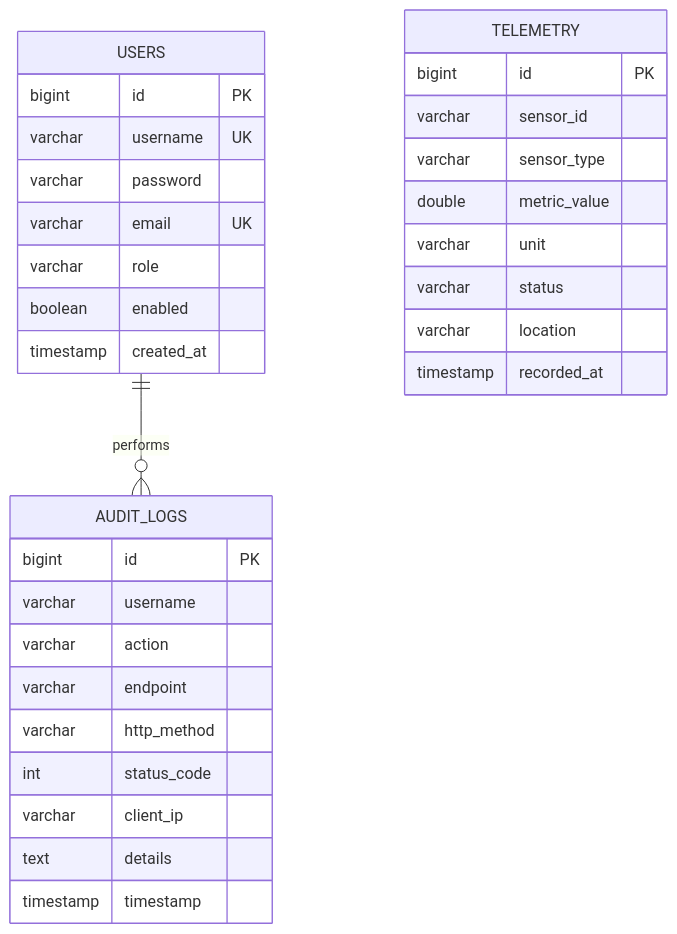
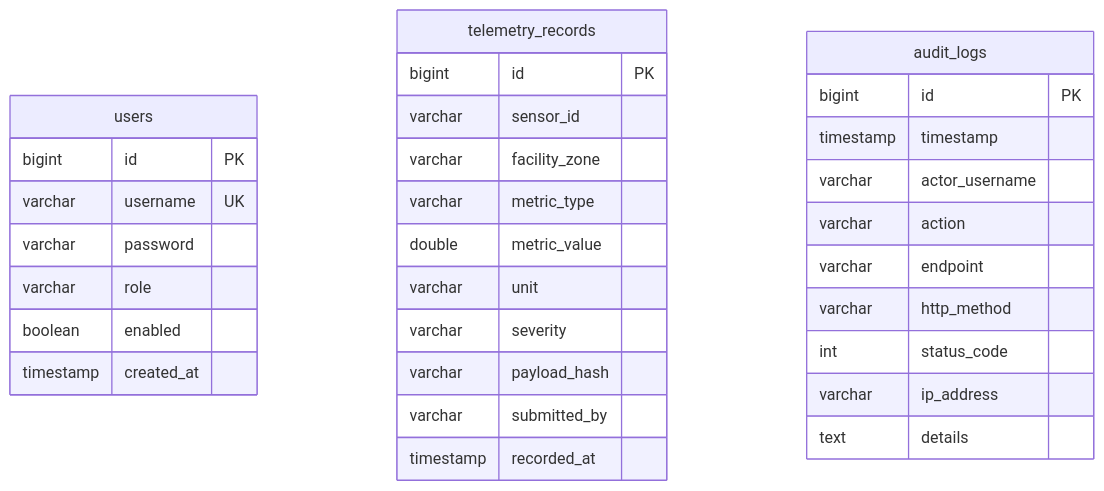
Before and after one commit to sametttclk/SentinelGate: the first of 3 diagrams in docs/ARCHITECTURE.md, drawn with Mermaid. The commit also changed other lines of this file and 1 other file, not shown here.

Commit message:
docs: add Mermaid UML diagrams and finalize README documentation

````diff
--- a/docs/ARCHITECTURE.md
+++ b/docs/ARCHITECTURE.md
@@ -101,34 +107,36 @@
 ```mermaid
 erDiagram
-    USERS ||--o{ AUDIT_LOGS : performs
-    USERS {
+    users {
         bigint id PK
         varchar username UK
         varchar password
-        varchar email UK
         varchar role
         boolean enabled
         timestamp created_at
     }
-    TELEMETRY {
+
+    telemetry_records {
         bigint id PK
         varchar sensor_id
-        varchar sensor_type
+        varchar facility_zone
+        varchar metric_type
         double metric_value
         varchar unit
-        varchar status
-        varchar location
+        varchar severity
+        varchar payload_hash
+        varchar submitted_by
         timestamp recorded_at
     }
-    AUDIT_LOGS {
+
+    audit_logs {
         bigint id PK
-        varchar username
+        timestamp timestamp
+        varchar actor_username
         varchar action
         varchar endpoint
         varchar http_method
         int status_code
-        varchar client_ip
+        varchar ip_address
         text details
-        timestamp timestamp
     }
 ```
````
